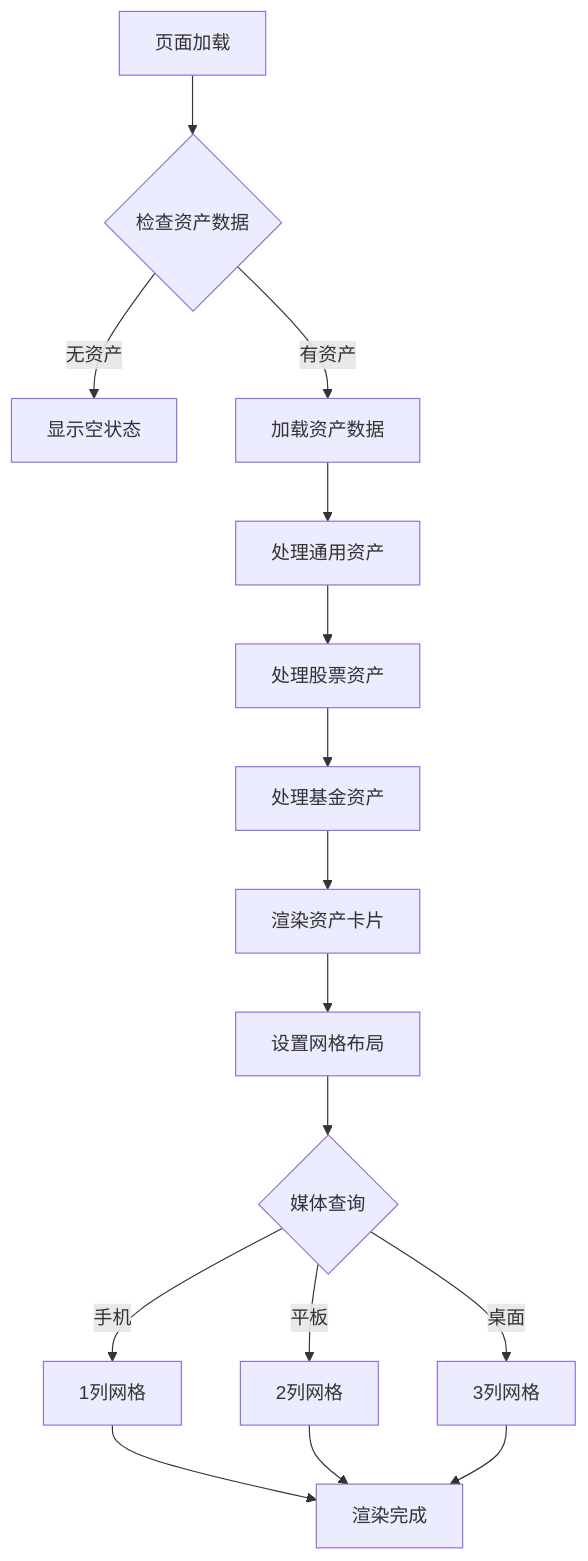
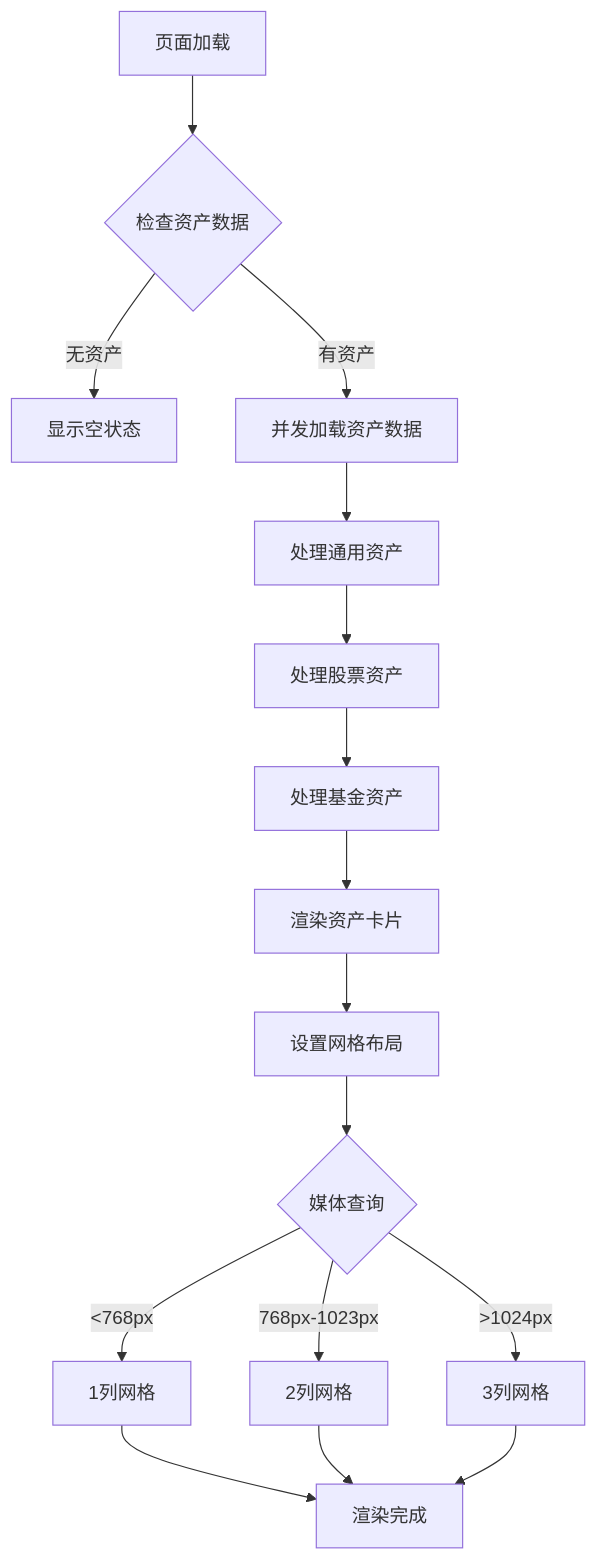
Before and after one commit to xiao-lin-unit/yuan: the third of 19 diagrams in .qoder/repowiki/zh/content/资产管理/资产总览.md, drawn with Mermaid. The commit also changed other lines of this file and 21 other files, not shown here.

````diff
--- a/.qoder/repowiki/zh/content/资产管理/资产总览.md
+++ b/.qoder/repowiki/zh/content/资产管理/资产总览.md
@@ -197,18 +194,18 @@
 ```mermaid
 flowchart TD
 Start[页面加载] --> CheckAssets{检查资产数据}
 CheckAssets --> |无资产| ShowEmpty[显示空状态]
-CheckAssets --> |有资产| LoadData[加载资产数据]
+CheckAssets --> |有资产| LoadData[并发加载资产数据]
 LoadData --> ProcessGeneral[处理通用资产]
 ProcessGeneral --> ProcessStocks[处理股票资产]
 ProcessStocks --> ProcessFunds[处理基金资产]
 ProcessFunds --> RenderCards[渲染资产卡片]
 RenderCards --> SetupGrid[设置网格布局]
 SetupGrid --> MediaQuery{媒体查询}
-MediaQuery --> |手机| Grid1Col[1列网格]
-MediaQuery --> |平板| Grid2Col[2列网格]
-MediaQuery --> |桌面| Grid3Col[3列网格]
+MediaQuery --> |<768px| Grid1Col[1列网格]
+MediaQuery --> |768px-1023px| Grid2Col[2列网格]
+MediaQuery --> |>1024px| Grid3Col[3列网格]
 Grid1Col --> RenderComplete[渲染完成]
 Grid2Col --> RenderComplete
 Grid3Col --> RenderComplete
 ```
````
